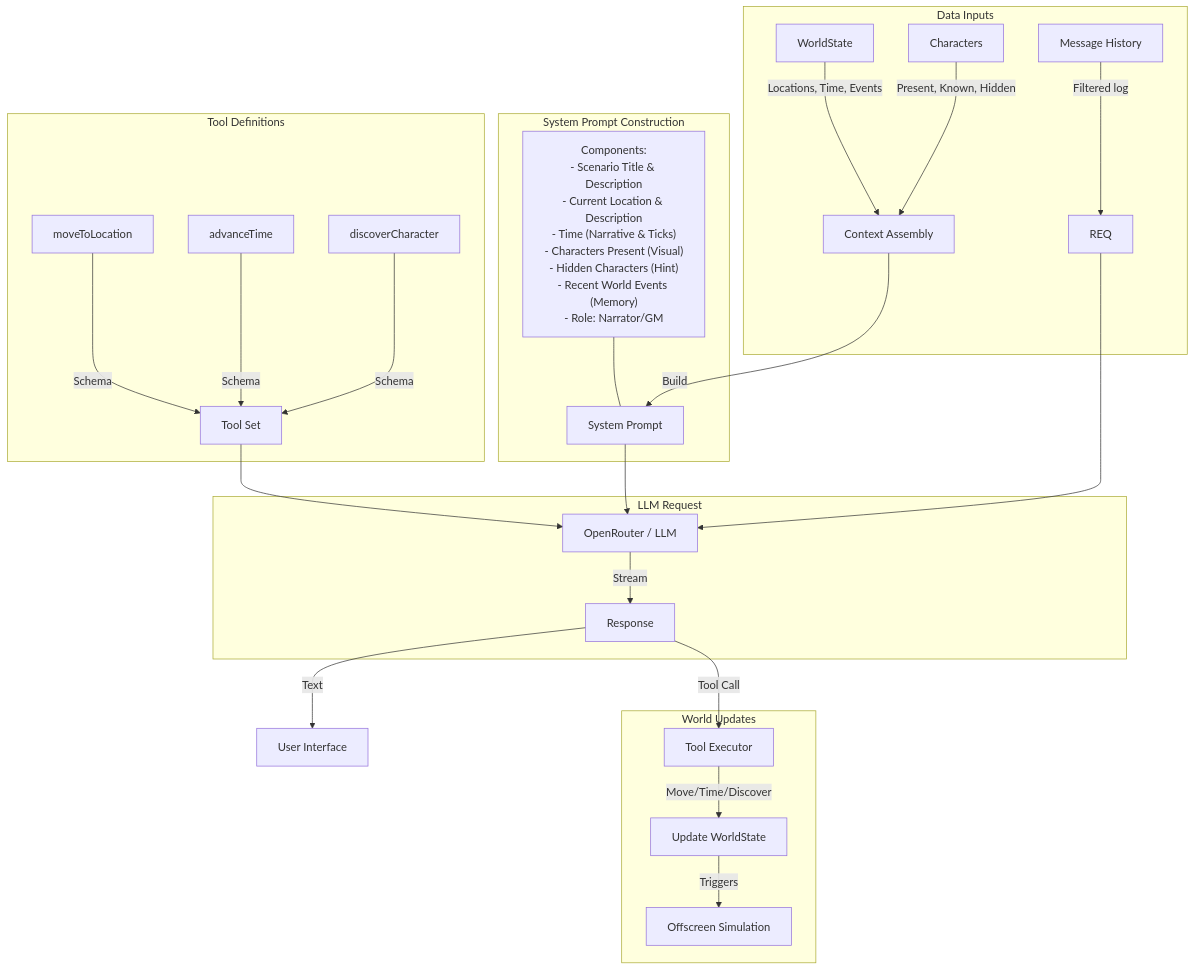
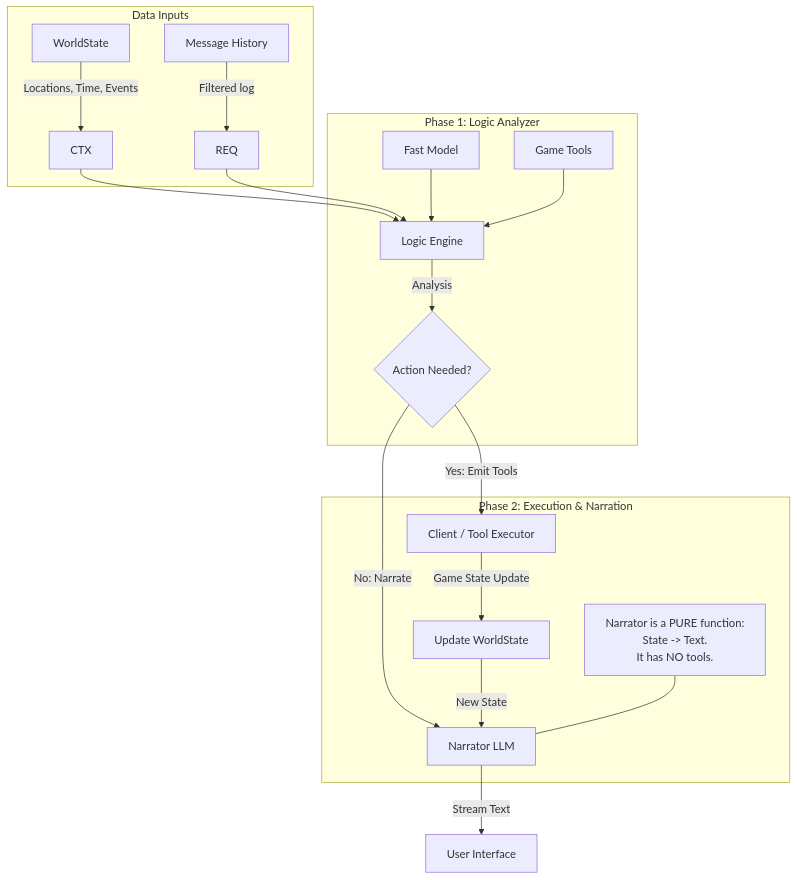
Before and after one commit to willie/emergent-js: the first of 2 diagrams in docs/PROMPT_ARCHITECTURE.md, drawn with Mermaid. The commit also changed other lines of this file and 6 other files, not shown here.

First line of the commit message:
refactor: split chat into logic-first architecture with separate analysis, execution, and narration phases

````diff
--- a/docs/PROMPT_ARCHITECTURE.md
+++ b/docs/PROMPT_ARCHITECTURE.md
@@ -10,36 +10,28 @@
 ```mermaid
 graph TD
     subgraph INPUTS [Data Inputs]
         WS[WorldState] -->|Locations, Time, Events| CTX
-        C[Characters] -->|Present, Known, Hidden| CTX
         Hist[Message History] -->|Filtered log| REQ
     end
 
-    subgraph PROMPT_BUILDER [System Prompt Construction]
-        CTX[Context Assembly] -->|Build| SP[System Prompt]
-        
-        note1["Components:\n- Scenario Title & Description\n- Current Location & Description\n- Time (Narrative & Ticks)\n- Characters Present (Visual)\n- Hidden Characters (Hint)\n- Recent World Events (Memory)\n- Role: Narrator/GM"]
-        note1 --- SP
+    subgraph PHASE_1 [Phase 1: Logic Analyzer]
+        CTX --> LogicLLM
+        REQ --> LogicLLM
+        Models[Fast Model] --> LogicLLM
+        Tools[Game Tools] --> LogicLLM
+        LogicLLM[Logic Engine] -->|Analysis| Intent{Action Needed?}
     end
 
-    subgraph TOOLS [Tool Definitions]
-        T1[moveToLocation] -->|Schema| TD[Tool Set]
-        T2[advanceTime] -->|Schema| TD
-        T3[discoverCharacter] -->|Schema| TD
+    subgraph PHASE_2 [Phase 2: Execution & Narration]
+        Intent -->|Yes: Emit Tools| Client[Client / Tool Executor]
+        Intent -->|No: Narrate| Narrator
+        
+        Client -->|Game State Update| WS_UP[Update WorldState]
+        WS_UP -->|New State| Narrator[Narrator LLM]
+        
+        note1["Narrator is a PURE function:\nState -> Text.\nIt has NO tools."]
+        note1 --- Narrator
     end
 
-    subgraph EXECUTION [LLM Request]
-        SP --> LLM
-        REQ --> LLM
-        TD --> LLM
-        LLM[OpenRouter / LLM] -->|Stream| RES[Response]
-    end
-
-    RES -->|Text| UI[User Interface]
-    RES -->|Tool Call| TE[Tool Executor]
-    
-    subgraph SIDE_EFFECTS [World Updates]
-        TE -->|Move/Time/Discover| WS_UP[Update WorldState]
-        WS_UP -->|Triggers| SIM[Offscreen Simulation]
-    end
+    Narrator -->|Stream Text| UI[User Interface]
 ```
````
